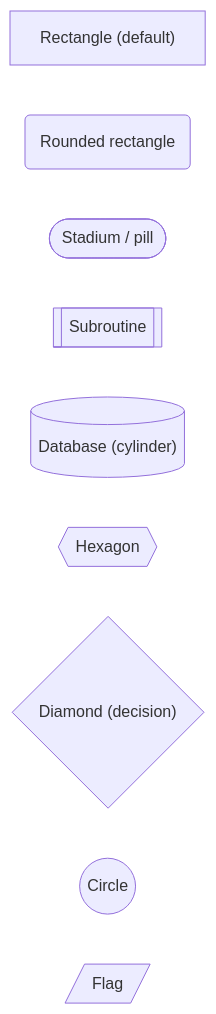
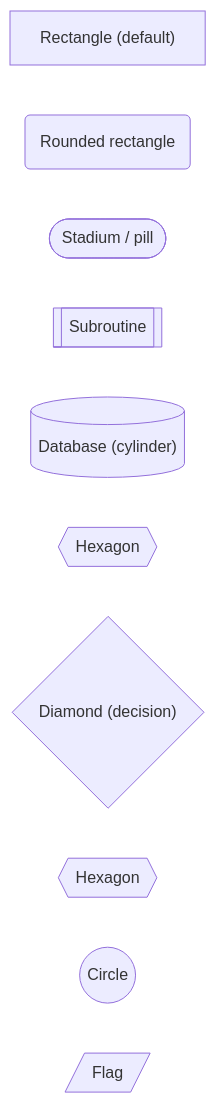
One commit to ramanshrivastava/build-ai-agents changed the fifth of 30 diagrams in docs/tooling/MERMAID-CHEATSHEET.md. Above: the diagram before and after it, drawn with Mermaid. The commit also changed other lines of this file, not shown here.

First line of the commit message:
Update Mermaid cheatsheet: simplify renderer notes and add arrow examples

````diff
--- a/docs/tooling/MERMAID-CHEATSHEET.md
+++ b/docs/tooling/MERMAID-CHEATSHEET.md
@@ -117,12 +108,13 @@
 ```mermaid
 graph LR
   A["Rectangle (default)"]
   B("Rounded rectangle")
   C(["Stadium / pill"])
   D[["Subroutine"]]
   E[("Database (cylinder)")]
   F{{"Hexagon"}}
   G{"Diamond (decision)"}
+  H{{"Hexagon"}}
   I(("Circle"))
   J[/"Flag"/]
 ```
````
